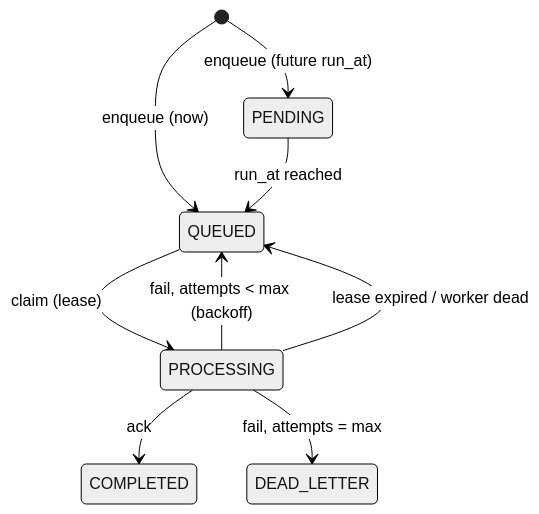
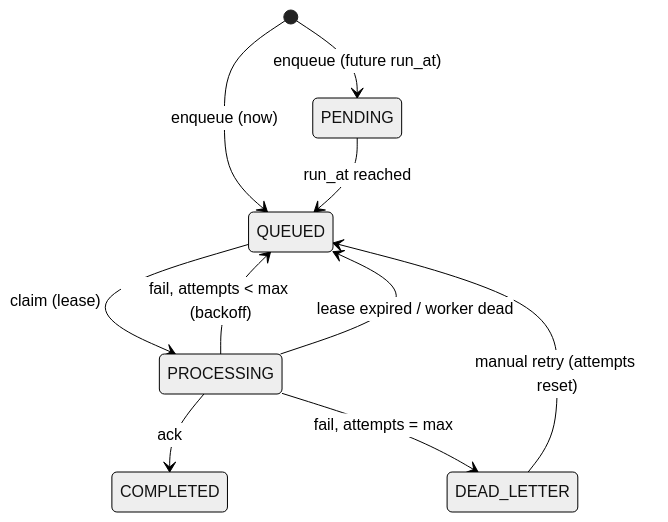
Before and after one commit to Anchal0410/docket: the diagram in docs/ARCHITECTURE.md, drawn with Mermaid (neutral theme). The commit also changed other lines of this file and 20 other files, not shown here.

First line of the commit message:
feat: dead-letter browse/retry and delayed-job promotion

````diff
--- a/docs/ARCHITECTURE.md
+++ b/docs/ARCHITECTURE.md
@@ -33,11 +33,12 @@
 ```mermaid
 stateDiagram-v2
     [*] --> PENDING: enqueue (future run_at)
     [*] --> QUEUED: enqueue (now)
     PENDING --> QUEUED: run_at reached
     QUEUED --> PROCESSING: claim (lease)
     PROCESSING --> COMPLETED: ack
     PROCESSING --> QUEUED: fail, attempts < max (backoff)
     PROCESSING --> DEAD_LETTER: fail, attempts = max
     PROCESSING --> QUEUED: lease expired / worker dead
+    DEAD_LETTER --> QUEUED: manual retry (attempts reset)
 ```
````
